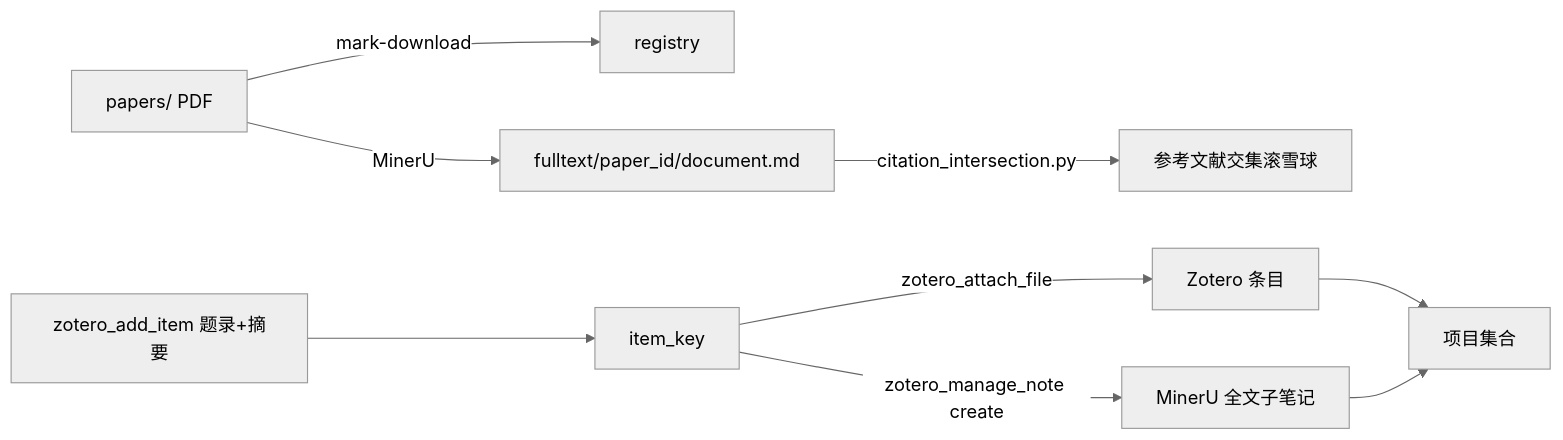
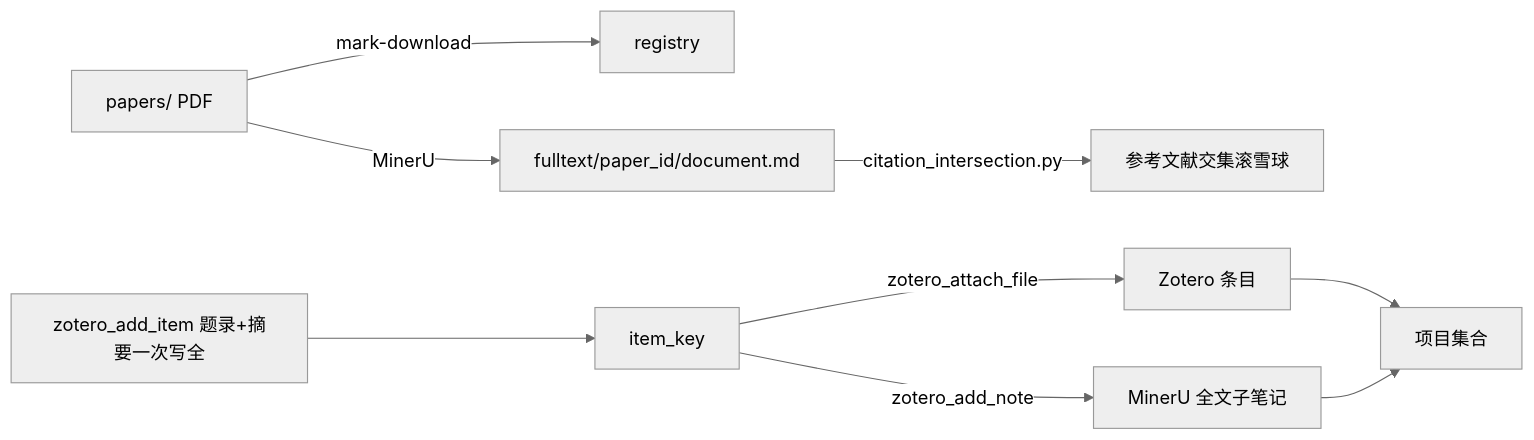
One commit to JingYangYuan/paper-lit-4ss changed the second of 2 diagrams in references/zotero-local-mcp.md. Above: the diagram before and after it, drawn with Mermaid (neutral theme). The commit also changed other lines of this file and 3 other files, not shown here.

````diff
--- a/references/zotero-local-mcp.md
+++ b/references/zotero-local-mcp.md
@@ -143,11 +148,11 @@
 ```mermaid
 flowchart LR
   P[papers/ PDF] -->|mark-download| R[registry]
   P -->|MinerU| F[fulltext/paper_id/document.md]
-  A[zotero_add_item 题录+摘要] --> K[item_key]
+  A[zotero_add_item 题录+摘要一次写全] --> K[item_key]
   K -->|zotero_attach_file| Z[Zotero 条目]
-  K -->|zotero_manage_note create| N[MinerU 全文子笔记]
+  K -->|zotero_add_note| N[MinerU 全文子笔记]
   Z --> C[项目集合]
   N --> C
   F -->|citation_intersection.py| X[参考文献交集滚雪球]
 ```
````
